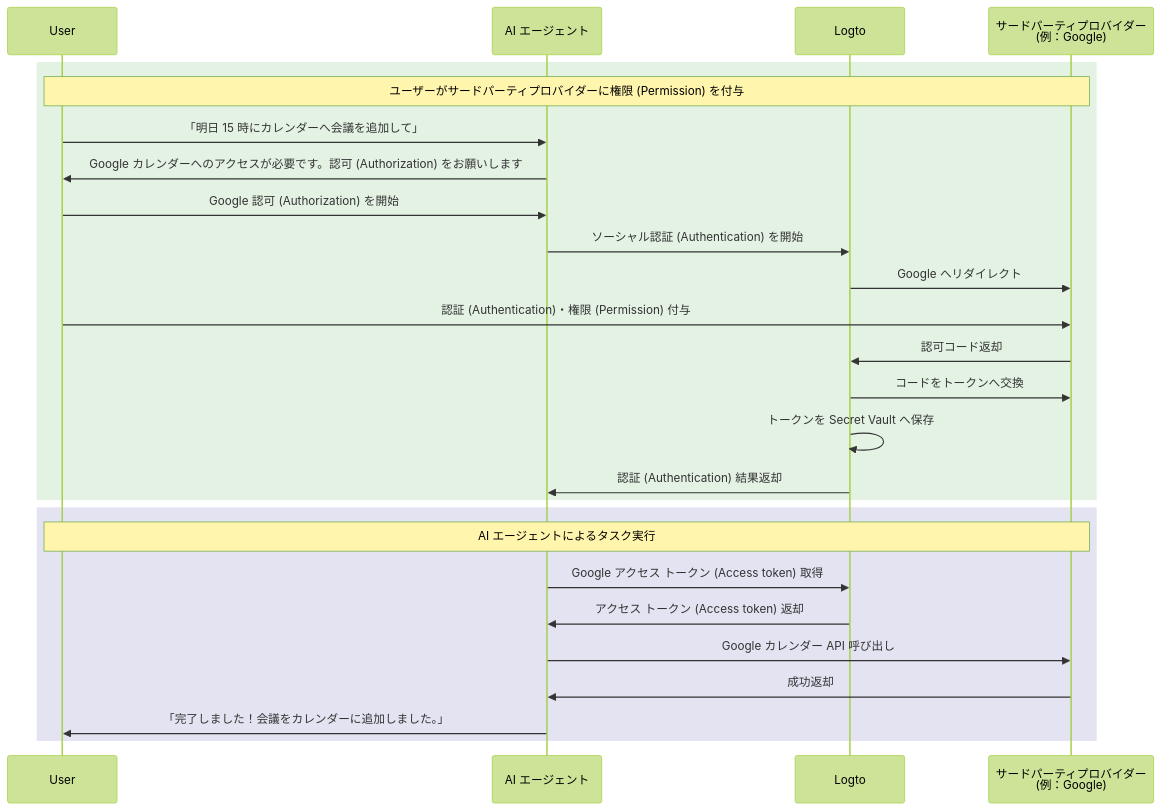
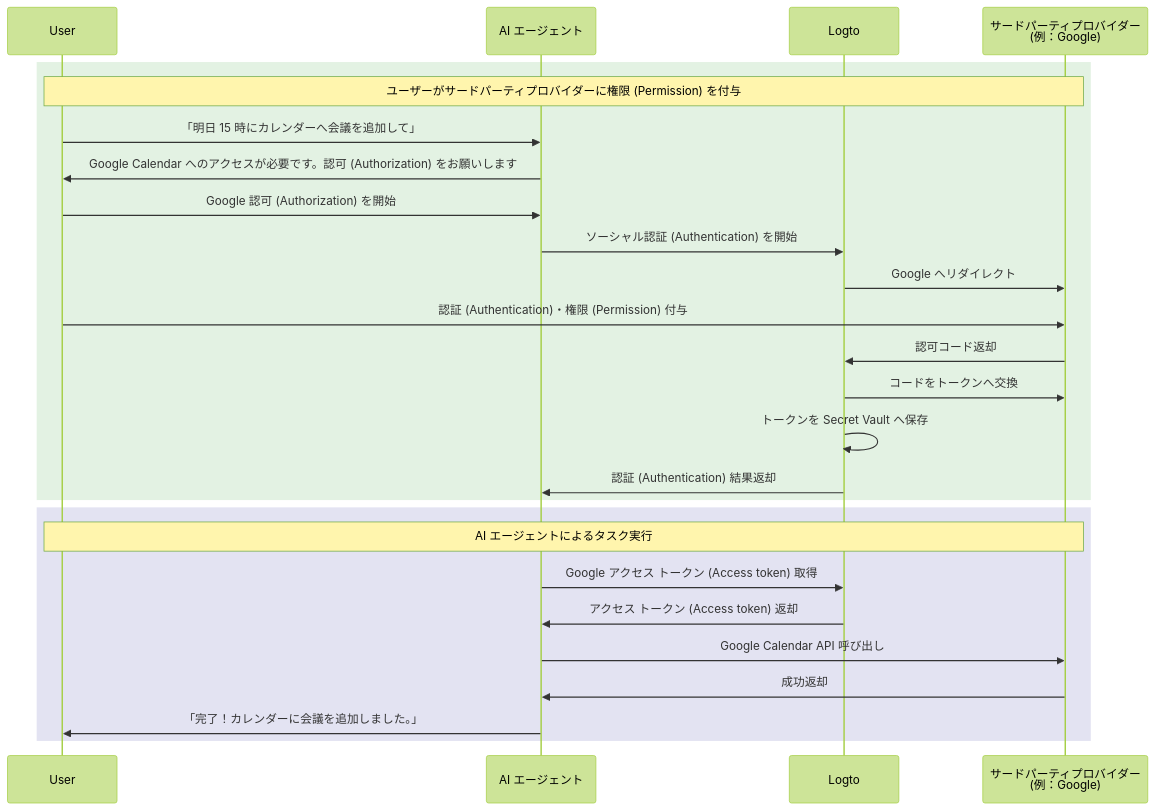
One commit to logto-io/docs changed the diagram in i18n/ja/docusaurus-plugin-content-docs/current/use-cases/ai/connect-your-agent-to-third-party-apis.mdx. Above: the diagram before and after it, drawn with Mermaid (forest theme). The commit also changed other lines of this file and 89 other files, not shown here.

````diff
--- a/i18n/ja/docusaurus-plugin-content-docs/current/use-cases/ai/connect-your-agent-to-third-party-apis.mdx
+++ b/i18n/ja/docusaurus-plugin-content-docs/current/use-cases/ai/connect-your-agent-to-third-party-apis.mdx
@@ -32,30 +36,30 @@
 ```mermaid
 sequenceDiagram
     participant User
     participant Agent as AI エージェント
     participant Logto
     participant Google as サードパーティプロバイダー<br/>(例：Google)
 
     rect rgba(200, 230, 200, 0.5)
         Note over User, Google: ユーザーがサードパーティプロバイダーに権限 (Permission) を付与
         User->>Agent: 「明日 15 時にカレンダーへ会議を追加して」
-        Agent->>User: Google カレンダーへのアクセスが必要です。認可 (Authorization) をお願いします
+        Agent->>User: Google Calendar へのアクセスが必要です。認可 (Authorization) をお願いします
         User->>Agent: Google 認可 (Authorization) を開始
         Agent->>Logto: ソーシャル認証 (Authentication) を開始
         Logto->>Google: Google へリダイレクト
         User->>Google: 認証 (Authentication)・権限 (Permission) 付与
         Google->>Logto: 認可コード返却
         Logto->>Google: コードをトークンへ交換
         Logto->>Logto: トークンを Secret Vault へ保存
         Logto->>Agent: 認証 (Authentication) 結果返却
     end
 
     rect rgba(200, 200, 230, 0.5)
         Note over User, Google: AI エージェントによるタスク実行
         Agent->>Logto: Google アクセス トークン (Access token) 取得
         Logto->>Agent: アクセス トークン (Access token) 返却
-        Agent->>Google: Google カレンダー API 呼び出し
+        Agent->>Google: Google Calendar API 呼び出し
         Google->>Agent: 成功返却
-        Agent->>User: 「完了しました！会議をカレンダーに追加しました。」
+        Agent->>User: 「完了！カレンダーに会議を追加しました。」
     end
 ```
````
